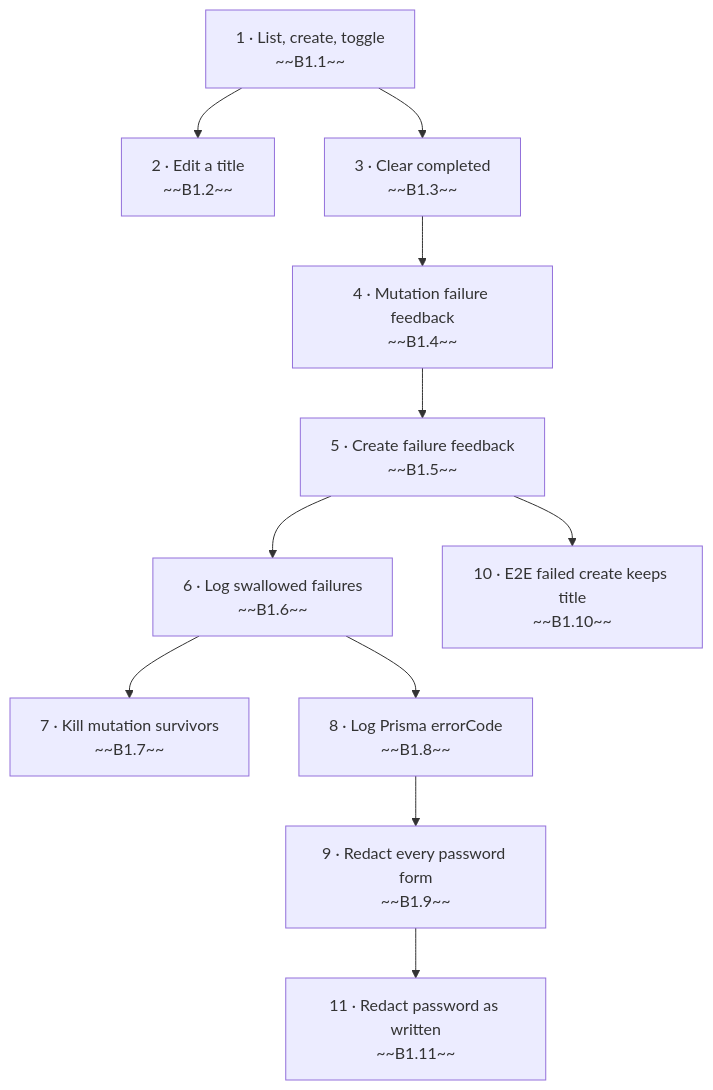
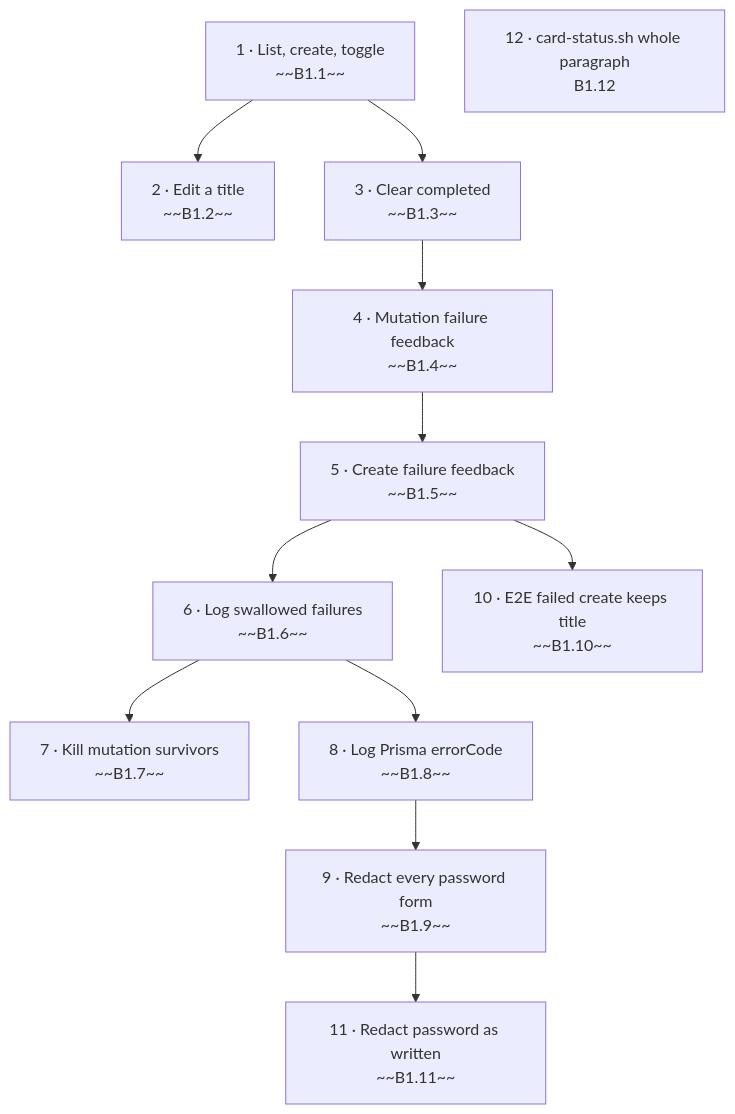
The diagram in backlog/README.md (st-minhho2/level-up-lab), drawn with Mermaid before and after one commit. The commit also changed other lines of this file and 1 other file, not shown here.

First line of the commit message:
docs(backlog): card B1.12 card-status.sh replaces the whole status paragraph

````diff
--- a/backlog/README.md
+++ b/backlog/README.md
@@ -15,24 +15,25 @@
 ```mermaid
 flowchart TD
   S1["1 · List, create, toggle<br/>~~B1.1~~"]
   S2["2 · Edit a title<br/>~~B1.2~~"]
   S3["3 · Clear completed<br/>~~B1.3~~"]
   S1 --> S2
   S4["4 · Mutation failure feedback<br/>~~B1.4~~"]
   S1 --> S3
   S3 --> S4
   S5["5 · Create failure feedback<br/>~~B1.5~~"]
   S4 --> S5
   S6["6 · Log swallowed failures<br/>~~B1.6~~"]
   S5 --> S6
   S7["7 · Kill mutation survivors<br/>~~B1.7~~"]
   S6 --> S7
   S8["8 · Log Prisma errorCode<br/>~~B1.8~~"]
   S6 --> S8
   S9["9 · Redact every password form<br/>~~B1.9~~"]
   S8 --> S9
   S10["10 · E2E failed create keeps title<br/>~~B1.10~~"]
   S5 --> S10
   S11["11 · Redact password as written<br/>~~B1.11~~"]
   S9 --> S11
+  S12["12 · card-status.sh whole paragraph<br/>B1.12"]
 ```
````
